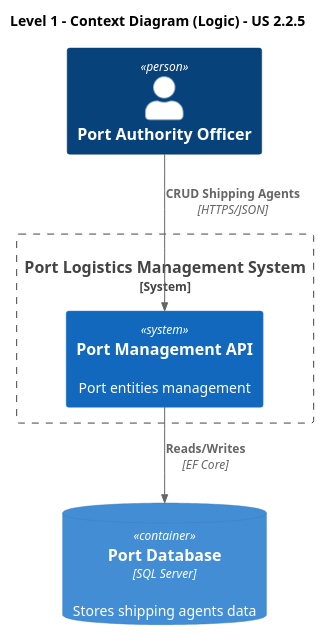
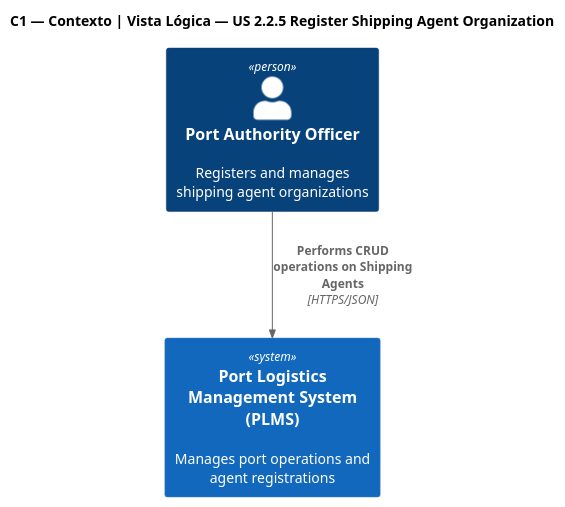
Before and after one commit to Departamento-de-Engenharia-Informatica/LEI-SEM5-PI-2025-26-3DM-03: the diagram in Docs/Sprint A/US 2.2.5/Modelo c4/C1_logica.puml, drawn with PlantUML. The commit also changed 11 other files, not shown here.

```diff
--- a/Docs/Sprint A/US 2.2.5/Modelo c4/C1_logica.puml
+++ b/Docs/Sprint A/US 2.2.5/Modelo c4/C1_logica.puml
@@ -1,17 +1,11 @@
 @startuml C1_Context_Logic
-!include <C4/C4_Container>
+!include <C4/C4_Context>
 
-title Level 1 - Context Diagram (Logic) - US 2.2.5
+title C1 — Contexto | Vista Lógica — US 2.2.5 Register Shipping Agent Organization
 
-Person(portOfficer, "Port Authority Officer")
+Person(portOfficer, "Port Authority Officer", "Registers and manages shipping agent organizations")
+System(systemPlms, "Port Logistics Management System (PLMS)", "Manages port operations and agent registrations")
 
-System_Boundary(portSystem, "Port Logistics Management System") {
-    System(portApi, "Port Management API", "Port entities management")
-}
-
-ContainerDb(database, "Port Database", "SQL Server", "Stores shipping agents data")
-
-Rel(portOfficer, portApi, "CRUD Shipping Agents", "HTTPS/JSON")
-Rel(portApi, database, "Reads/Writes", "EF Core")
+Rel(portOfficer, systemPlms, "Performs CRUD operations on Shipping Agents", "HTTPS/JSON")
 
 @enduml
```
